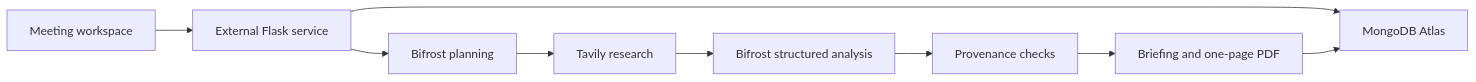
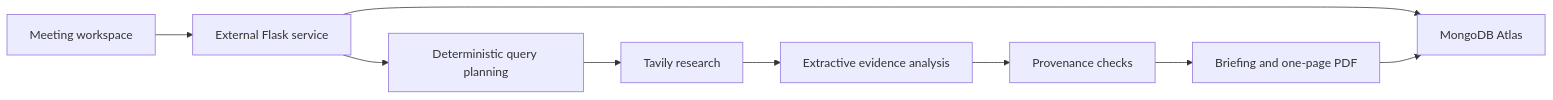
The diagram in README.md (msgowdavarshitha-bit/Meet-Brief-Hack), drawn with Mermaid before and after one commit. The commit also changed other lines of this file and 21 other files, not shown here.

Commit message:
Replace Bifrost with Tavily-only extractive research pipeline

````diff
--- a/README.md
+++ b/README.md
@@ -11,11 +11,11 @@
 ```mermaid
 flowchart LR
   React[Meeting workspace] --> Flask[External Flask service]
   Flask --> Mongo[MongoDB Atlas]
-  Flask --> Plan[Bifrost planning]
+  Flask --> Plan[Deterministic query planning]
   Plan --> Research[Tavily research]
-  Research --> Analysis[Bifrost structured analysis]
+  Research --> Analysis[Extractive evidence analysis]
   Analysis --> Verify[Provenance checks]
   Verify --> Brief[Briefing and one-page PDF]
   Brief --> Mongo
 ```
````
